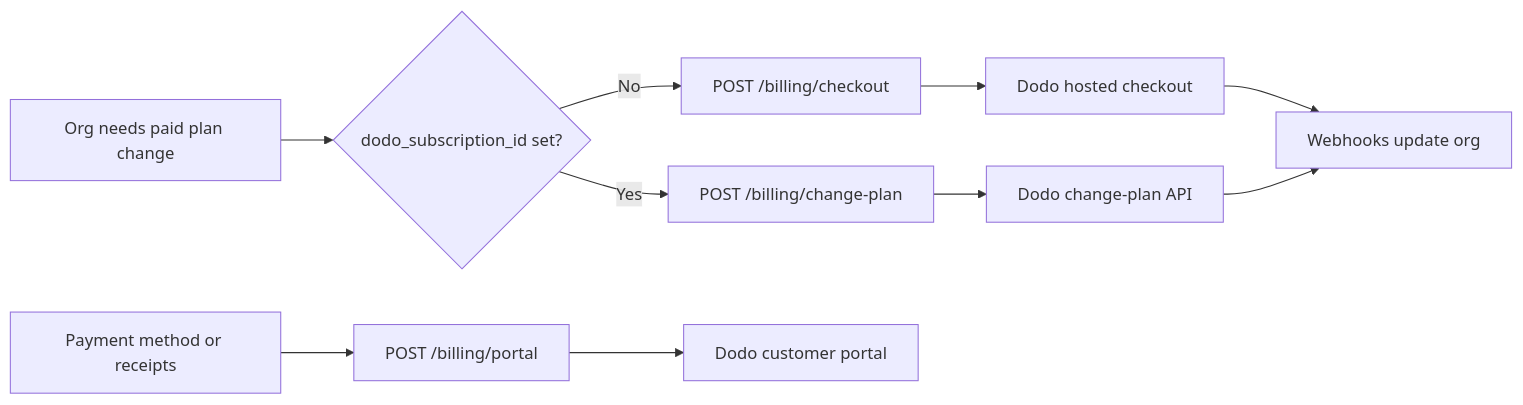
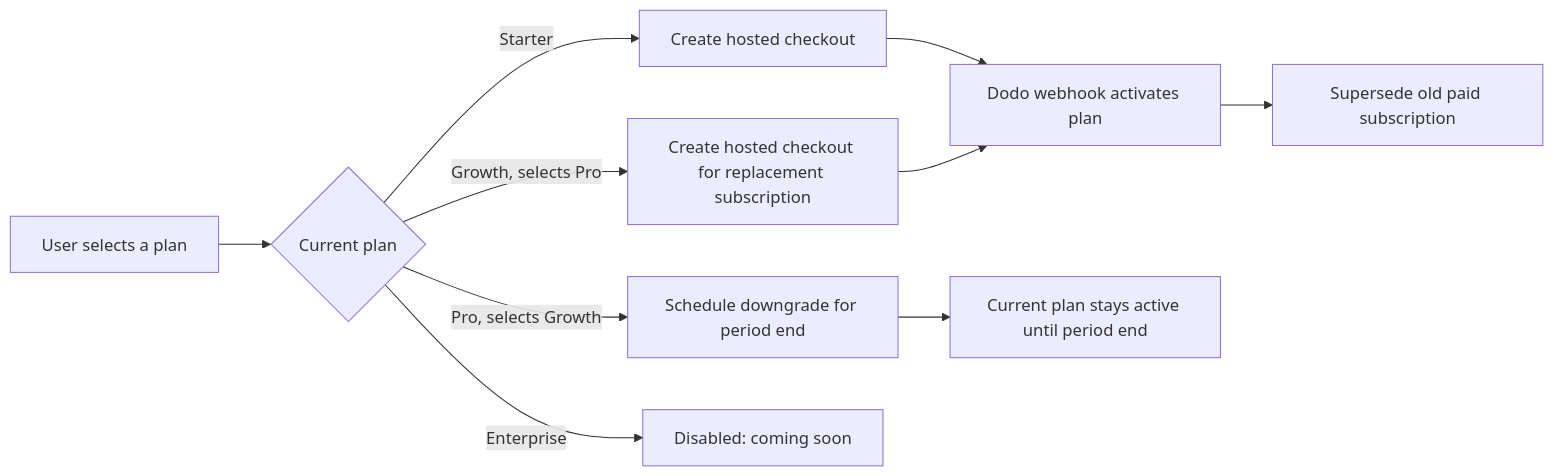
Before and after one commit to dabhivijay2478/InsightFlow: the second of 2 diagrams in md-docs/dodo-payments-flowchart.md, drawn with Mermaid. The commit also changed other lines of this file and 3 other files, not shown here.

Commit message:
docs: update billing documentation to reflect transition to Dodo hosted checkout and remove manual overage invoicing

````diff
--- a/md-docs/dodo-payments-flowchart.md
+++ b/md-docs/dodo-payments-flowchart.md
@@ -63,12 +58,12 @@
 ```mermaid
 flowchart LR
-  A[Org needs paid plan change] --> B{dodo_subscription_id set?}
-  B -->|No| C[POST /billing/checkout]
-  B -->|Yes| D[POST /billing/change-plan]
-  C --> E[Dodo hosted checkout]
-  D --> F[Dodo change-plan API]
-  E --> G[Webhooks update org]
-  F --> G
-  H[Payment method or receipts] --> I[POST /billing/portal]
-  I --> J[Dodo customer portal]
+  A["User selects a plan"] --> B{"Current plan"}
+  B -->|"Starter"| C["Create hosted checkout"]
+  B -->|"Growth, selects Pro"| D["Create hosted checkout for replacement subscription"]
+  B -->|"Pro, selects Growth"| E["Schedule downgrade for period end"]
+  B -->|"Enterprise"| F["Disabled: coming soon"]
+  C --> G["Dodo webhook activates plan"]
+  D --> G
+  G --> I["Supersede old paid subscription"]
+  E --> H["Current plan stays active until period end"]
 ```
````
